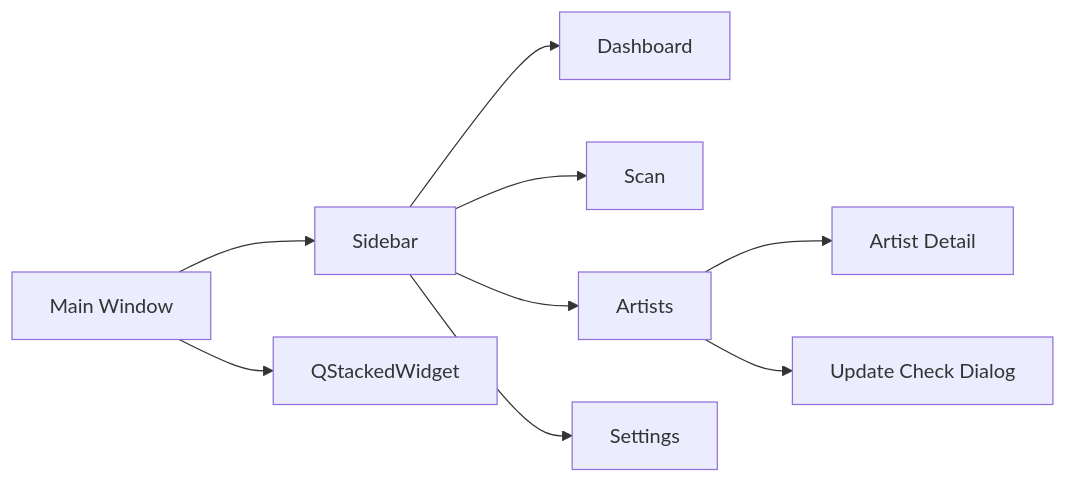
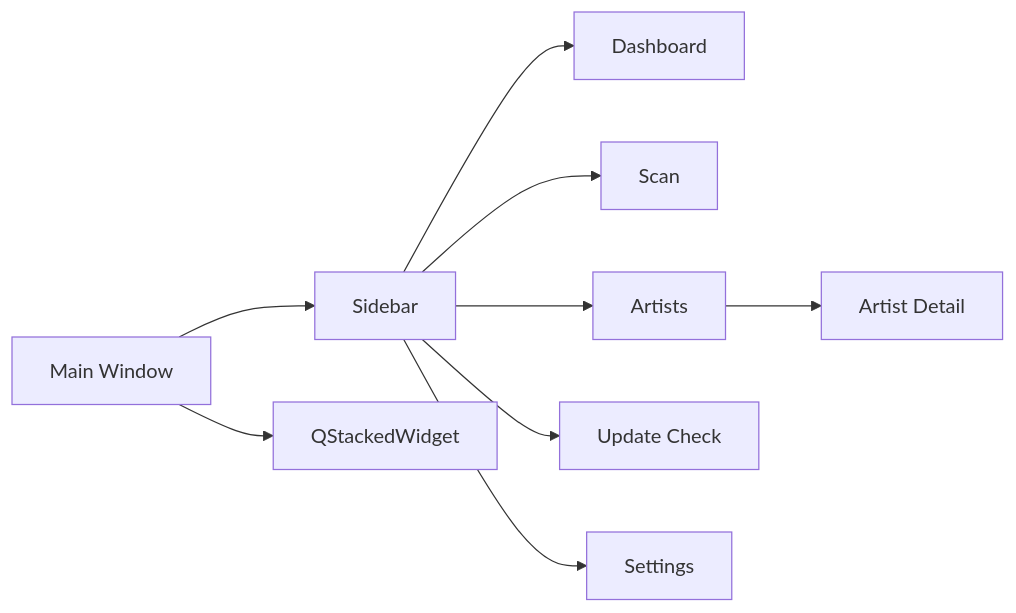
One commit to PKT0623/PixivLocalManager changed the diagram in docs/05_UI_DESIGN.md. Above: the diagram before and after it, drawn with Mermaid. The commit also changed other lines of this file and 3 other files, not shown here.

````diff
--- a/docs/05_UI_DESIGN.md
+++ b/docs/05_UI_DESIGN.md
@@ -42,16 +42,16 @@
 ```mermaid
 flowchart LR
 
 MAIN[Main Window]
 
 MAIN --> SIDEBAR[Sidebar]
 MAIN --> STACK[QStackedWidget]
 
 SIDEBAR --> DASHBOARD[Dashboard]
 SIDEBAR --> SCAN[Scan]
 SIDEBAR --> ARTISTS[Artists]
+SIDEBAR --> UPDATE[Update Check]
 SIDEBAR --> SETTINGS[Settings]
 
 ARTISTS --> DETAIL[Artist Detail]
-ARTISTS --> UPDATE[Update Check Dialog]
 ```
````
